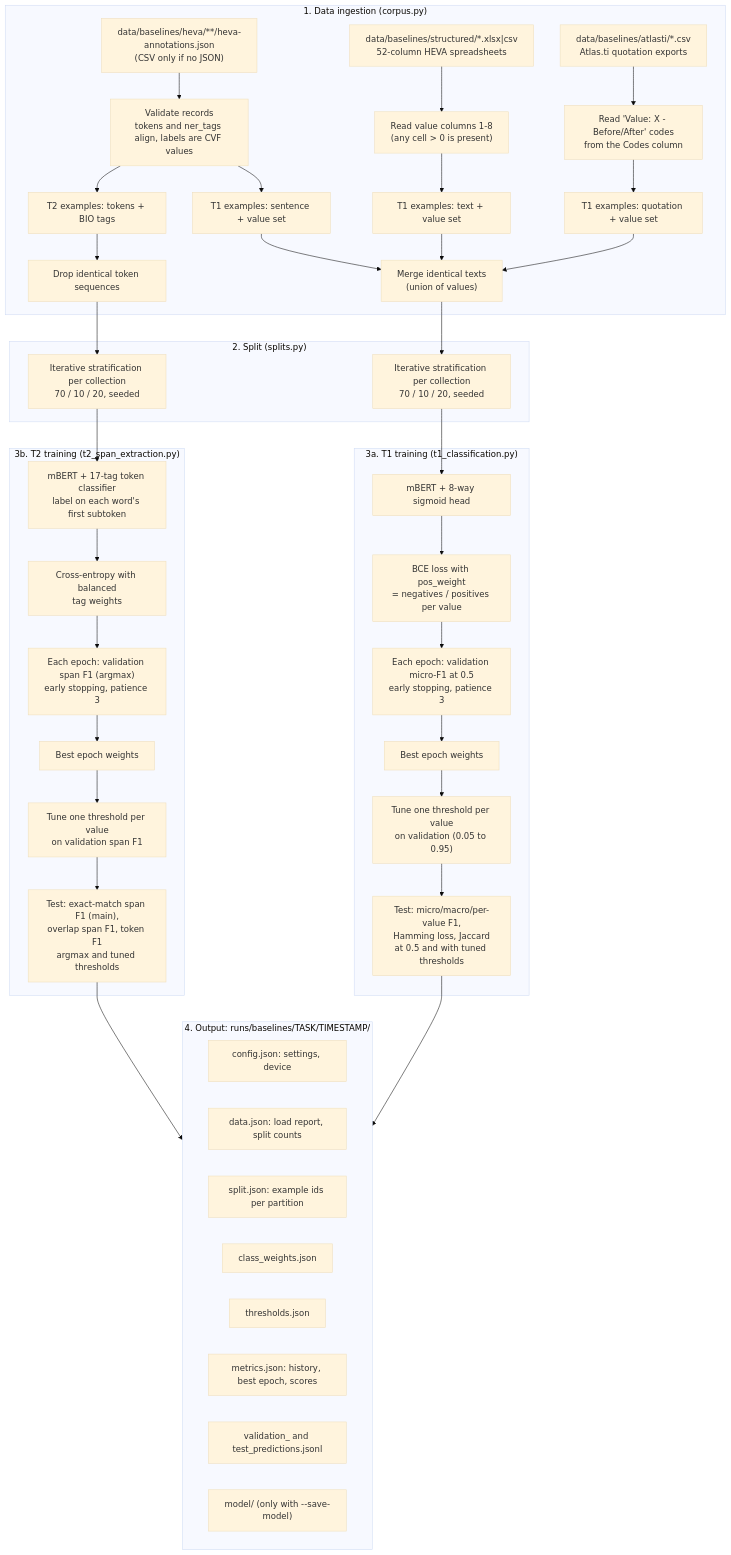
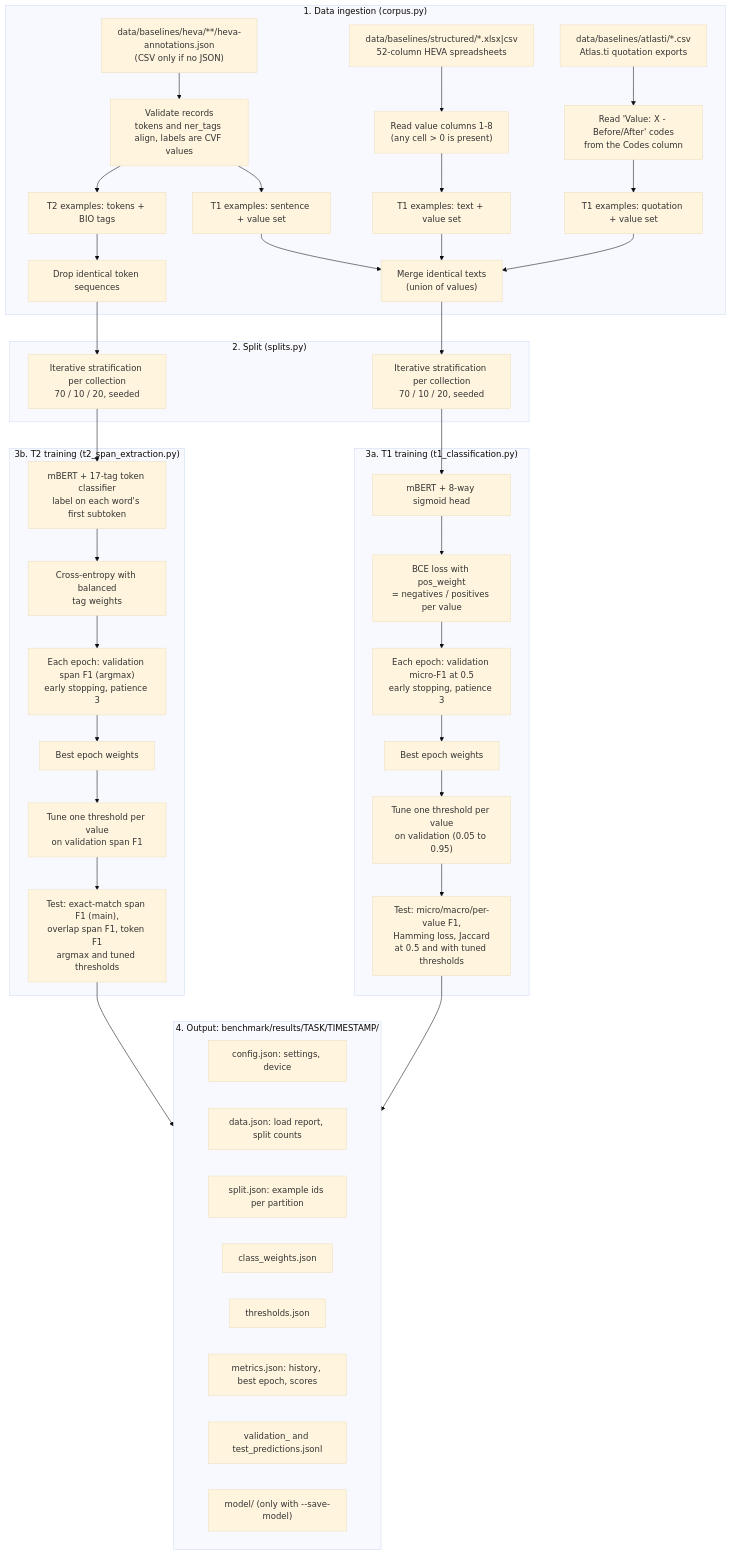
Before and after one commit to zzbn12345/HEVA_toolkit: the diagram in src/heva/baselines/README.md, drawn with Mermaid (base theme). The commit also changed other lines of this file and 92 other files, not shown here.

First line of the commit message:
refactor: move the baseline results to benchmark/results

````diff
--- a/src/heva/baselines/README.md
+++ b/src/heva/baselines/README.md
@@ -47,56 +47,56 @@
 ```mermaid
 flowchart TD
     subgraph INGEST["1. Data ingestion (corpus.py)"]
         H["data/baselines/heva/**/heva-annotations.json<br/>(CSV only if no JSON)"]
         S["data/baselines/structured/*.xlsx|csv<br/>52-column HEVA spreadsheets"]
         A["data/baselines/atlasti/*.csv<br/>Atlas.ti quotation exports"]
         S --> SV["Read value columns 1-8<br/>(any cell > 0 is present)"]
         SV --> T1S["T1 examples: text + value set"]
         T1S --> D1
         H --> HV["Validate records<br/>tokens and ner_tags align, labels are CVF values"]
         A --> AV["Read 'Value: X - Before/After' codes<br/>from the Codes column"]
         HV --> T1H["T1 examples: sentence + value set"]
         HV --> T2H["T2 examples: tokens + BIO tags"]
         AV --> T1A["T1 examples: quotation + value set"]
         T1H --> D1["Merge identical texts<br/>(union of values)"]
         T1A --> D1
         T2H --> D2["Drop identical token sequences"]
     end
 
     subgraph SPLIT["2. Split (splits.py)"]
         D1 --> S1["Iterative stratification per collection<br/>70 / 10 / 20, seeded"]
         D2 --> S2["Iterative stratification per collection<br/>70 / 10 / 20, seeded"]
     end
 
     subgraph T1["3a. T1 training (t1_classification.py)"]
         S1 --> M1["mBERT + 8-way sigmoid head"]
         M1 --> L1["BCE loss with pos_weight<br/>= negatives / positives per value"]
         L1 --> E1["Each epoch: validation micro-F1 at 0.5<br/>early stopping, patience 3"]
         E1 --> B1["Best epoch weights"]
         B1 --> TH1["Tune one threshold per value<br/>on validation (0.05 to 0.95)"]
         TH1 --> EV1["Test: micro/macro/per-value F1,<br/>Hamming loss, Jaccard<br/>at 0.5 and with tuned thresholds"]
     end
 
     subgraph T2["3b. T2 training (t2_span_extraction.py)"]
         S2 --> M2["mBERT + 17-tag token classifier<br/>label on each word's first subtoken"]
         M2 --> L2["Cross-entropy with balanced<br/>tag weights"]
         L2 --> E2["Each epoch: validation span F1 (argmax)<br/>early stopping, patience 3"]
         E2 --> B2["Best epoch weights"]
         B2 --> TH2["Tune one threshold per value<br/>on validation span F1"]
         TH2 --> EV2["Test: exact-match span F1 (main),<br/>overlap span F1, token F1<br/>argmax and tuned thresholds"]
     end
 
-    subgraph OUT["4. Output: runs/baselines/TASK/TIMESTAMP/"]
+    subgraph OUT["4. Output: benchmark/results/TASK/TIMESTAMP/"]
         O1["config.json: settings, device"]
         O2["data.json: load report, split counts"]
         O3["split.json: example ids per partition"]
         O4["class_weights.json"]
         O5["thresholds.json"]
         O6["metrics.json: history, best epoch, scores"]
         O7["validation_ and test_predictions.jsonl"]
         O8["model/ (only with --save-model)"]
     end
 
     EV1 --> OUT
     EV2 --> OUT
 ```
````
